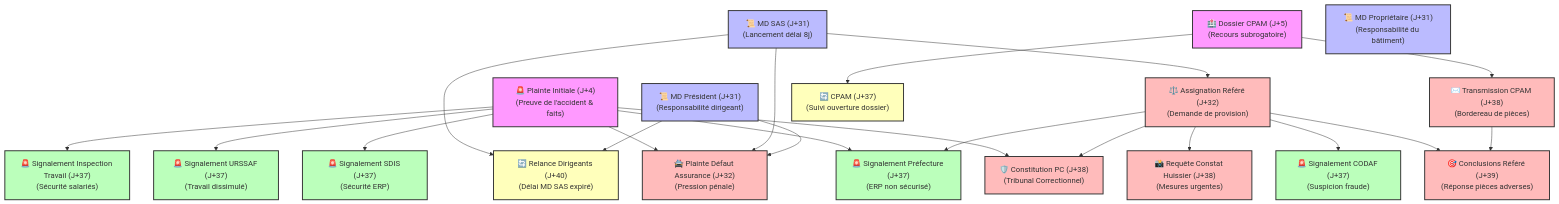
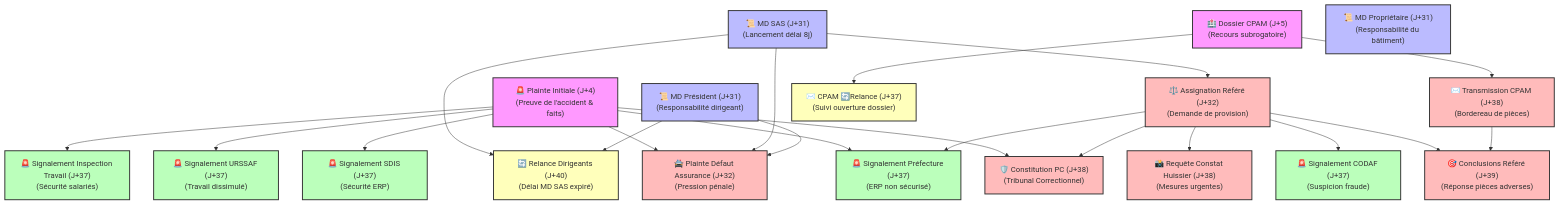
One commit to criloOcom/accident-main changed the diagram in 🧠 Memory/DEPENDANCES.md. Above: the diagram before and after it, drawn with Mermaid. The commit also changed 316 other files, not shown here.

````diff
--- a/🧠 Memory/DEPENDANCES.md
+++ b/🧠 Memory/DEPENDANCES.md
@@ -18,71 +18,71 @@
 ```mermaid
 graph TD
     %% Couleurs et styles
     classDef init fill:#f9f,stroke:#333,stroke-width:2px;
     classDef md fill:#bbf,stroke:#333,stroke-width:2px;
     classDef contentieux fill:#fbb,stroke:#333,stroke-width:2px;
     classDef signalement fill:#bfb,stroke:#333,stroke-width:2px;
     classDef relance fill:#ffb,stroke:#333,stroke-width:2px;
 
     %% Nœuds initiaux (Sources de preuves de base)
     P1["🚨 Plainte Initiale (J+4)<br>(Preuve de l'accident & faits)"]:::init
     CPAM["🏥 Dossier CPAM (J+5)<br>(Recours subrogatoire)"]:::init
 
     %% Phase J+31 (Mises en demeure pré-contentieuses)
     MD_SAS["📜 MD SAS (J+31)<br>(Lancement délai 8j)"]:::md
     MD_PRES["📜 MD Président (J+31)<br>(Responsabilité dirigeant)"]:::md
     MD_PROP["📜 MD Propriétaire (J+31)<br>(Responsabilité du bâtiment)"]:::md
 
     %% Phase J+32 (Contentieux et Plaintes RC)
     ASS_REF["⚖️ Assignation Référé (J+32)<br>(Demande de provision)"]:::contentieux
     PL_DEF["🚔 Plainte Défaut Assurance (J+32)<br>(Pression pénale)"]:::contentieux
 
     %% Phase J+37 / J+38 (Signalements & Recours)
     SIG_PREF["🚨 Signalement Préfecture (J+37)<br>(ERP non sécurisé)"]:::signalement
     SIG_CODAF["🚨 Signalement CODAF (J+37)<br>(Suspicion fraude)"]:::signalement
     SIG_URSSAF["🚨 Signalement URSSAF (J+37)<br>(Travail dissimulé)"]:::signalement
     SIG_SDIS["🚨 Signalement SDIS (J+37)<br>(Sécurité ERP)"]:::signalement
     SIG_IT["🚨 Signalement Inspection Travail (J+37)<br>(Sécurité salariés)"]:::signalement
     
     TR_CPAM["✉️ Transmission CPAM (J+38)<br>(Bordereau de pièces)"]:::contentieux
     CPC_PC["🛡️ Constitution PC (J+38)<br>(Tribunal Correctionnel)"]:::contentieux
     CONST_H["📸 Requête Constat Huissier (J+38)<br>(Mesures urgentes)"]:::contentieux
 
     %% Phase J+39 / J+40 (Conclusions et Relances)
     CONC_REF["🎯 Conclusions Référé (J+39)<br>(Réponse pièces adverses)"]:::contentieux
     REL_DIR["🔄 Relance Dirigeants (J+40)<br>(Délai MD SAS expiré)"]:::relance
-    REL_CPAM["🔄 CPAM (J+37)<br>(Suivi ouverture dossier)"]:::relance
+    REL_CPAM["✉️ CPAM 🔄Relance (J+37)<br>(Suivi ouverture dossier)"]:::relance
 
     %% ──────────────────────────────────────────────────────────
     %% Dépendances logiques (Liens)
     %% ──────────────────────────────────────────────────────────
 
     %% La plainte J+4 est nécessaire pour prouver les infractions de base
     P1 --> PL_DEF
     P1 --> CPC_PC
     P1 --> SIG_PREF
     P1 --> SIG_SDIS
     P1 --> SIG_URSSAF
     P1 --> SIG_IT
 
     %% Le dossier CPAM doit être ouvert pour y transmettre des pièces ou le relancer
     CPAM --> TR_CPAM
     CPAM --> REL_CPAM
 
     %% Les mises en demeure J+31 lancent le délai légal
     MD_SAS --> ASS_REF
     MD_SAS --> PL_DEF
     MD_SAS --> REL_DIR
     MD_PRES --> PL_DEF
     MD_PRES --> REL_DIR
 
     %% L'assignation en référé J+32 prouve l'existence du litige civil
     ASS_REF --> CONC_REF
     ASS_REF --> CPC_PC
     ASS_REF --> SIG_PREF
     ASS_REF --> SIG_CODAF
     ASS_REF --> CONST_H
 
     %% La transmission CPAM permet de consolider les demandes en référé
     TR_CPAM --> CONC_REF
 ```
````
